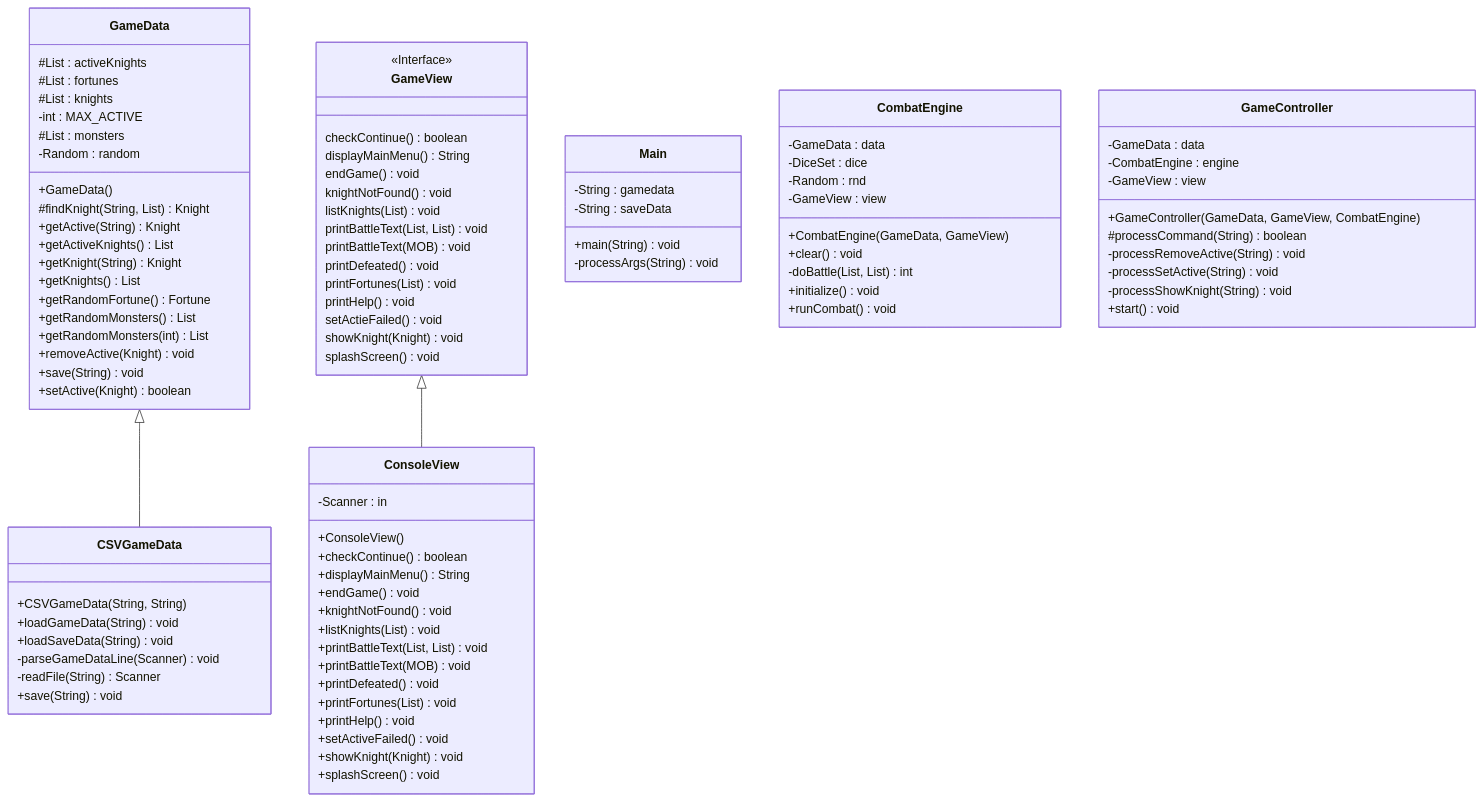
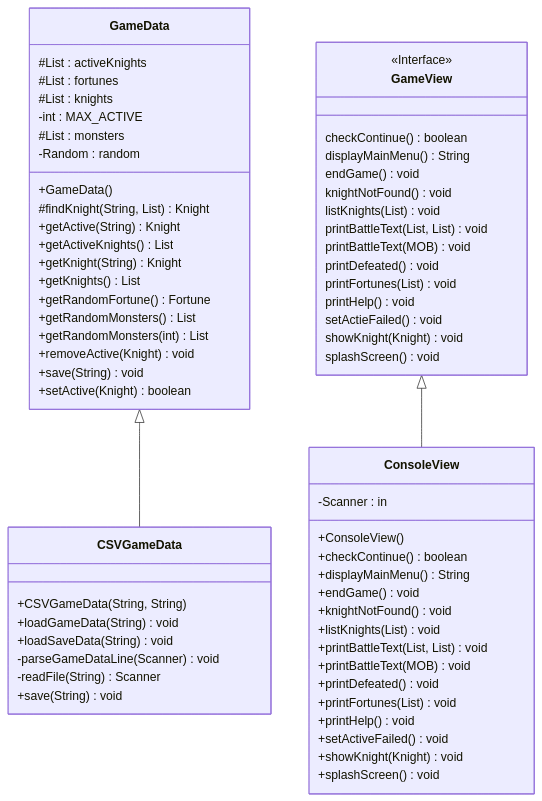
The second of 3 diagrams in uml.md (CSU-CompSci-CS163-4/PracticalOptionKnightFight), drawn with Mermaid before and after one commit.

Commit message:
moved controller classes to seperate diagram

````diff
--- a/uml.md
+++ b/uml.md
@@ -86,12 +85,6 @@
 GameData <|-- CSVGameData
 GameView <|-- ConsoleView
 
-class Main {
-    -String : gamedata
-    -String : saveData
-    +main(String) void
-    -processArgs(String) void
-}
 class GameData {
     #List<Knight> : activeKnights
     #List<Fortune> : fortunes
@@ -128,17 +121,6 @@
     showKnight(Knight) void
     splashScreen() void
 }
-class CombatEngine {
-    -GameData : data
-    -DiceSet : dice
-    -Random : rnd
-    -GameView : view
-    +CombatEngine(GameData, GameView)
-    +clear() void
-    -doBattle(List<MOB>, List<MOB>) int
-    +initialize() void
-    +runCombat() void 
-}
 class ConsoleView {
     -Scanner : in
     +ConsoleView()
@@ -164,16 +146,4 @@
     -readFile(String) Scanner
     +save(String) void
 }
-class GameController {
-    -GameData : data
-    -CombatEngine : engine
-    -GameView : view
-    +GameController(GameData, GameView, CombatEngine)
-    #processCommand(String) boolean
-    -processRemoveActive(String) void
-    -processSetActive(String) void
-    -processShowKnight(String) void
-    +start() void
-}
-
 ```
````
